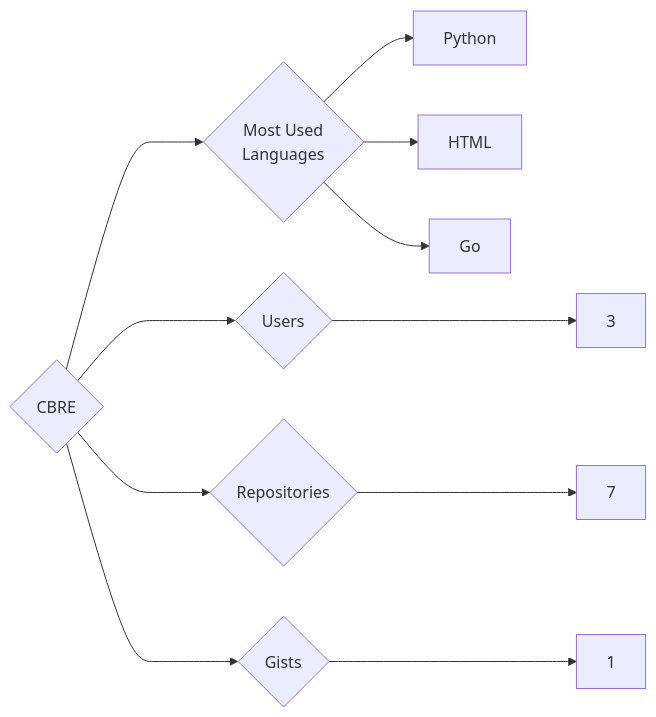
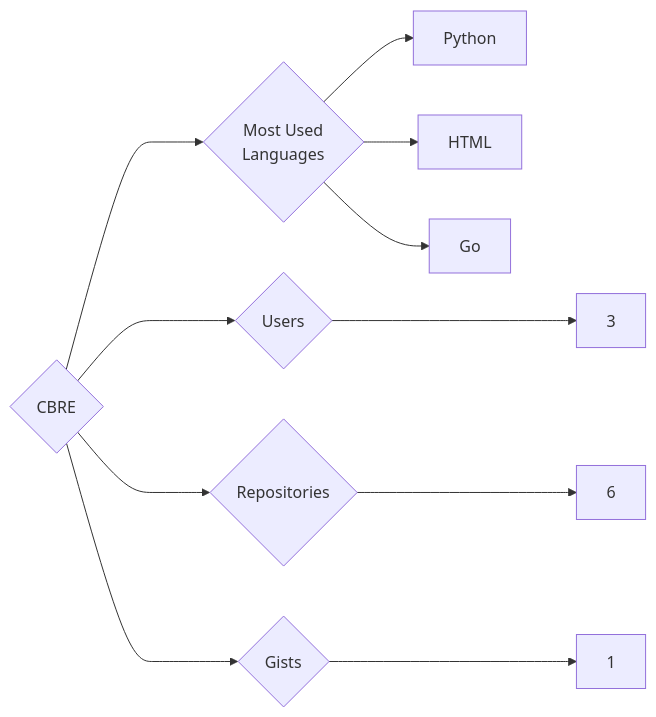
Before and after one commit to trickest/insiders: the diagram in targets/CBRE/README.md, drawn with Mermaid. The commit also changed 934 other files, not shown here.

````diff
--- a/targets/CBRE/README.md
+++ b/targets/CBRE/README.md
@@ -3,11 +3,11 @@
 ```mermaid
 graph LR
 COMPANY_NAME{CBRE}
 COMPANY_NAME ---> U{Users} ---> UN[3]
-COMPANY_NAME ---> R{Repositories} ---> RN[7]
+COMPANY_NAME ---> R{Repositories} ---> RN[6]
 COMPANY_NAME ---> G{Gists} ---> GN[1]
 COMPANY_NAME ---> ML{Most Used<br>Languages}
 ML --> Python[Python]
 ML --> HTML[HTML]
 ML --> Go[Go]
 ```
````
